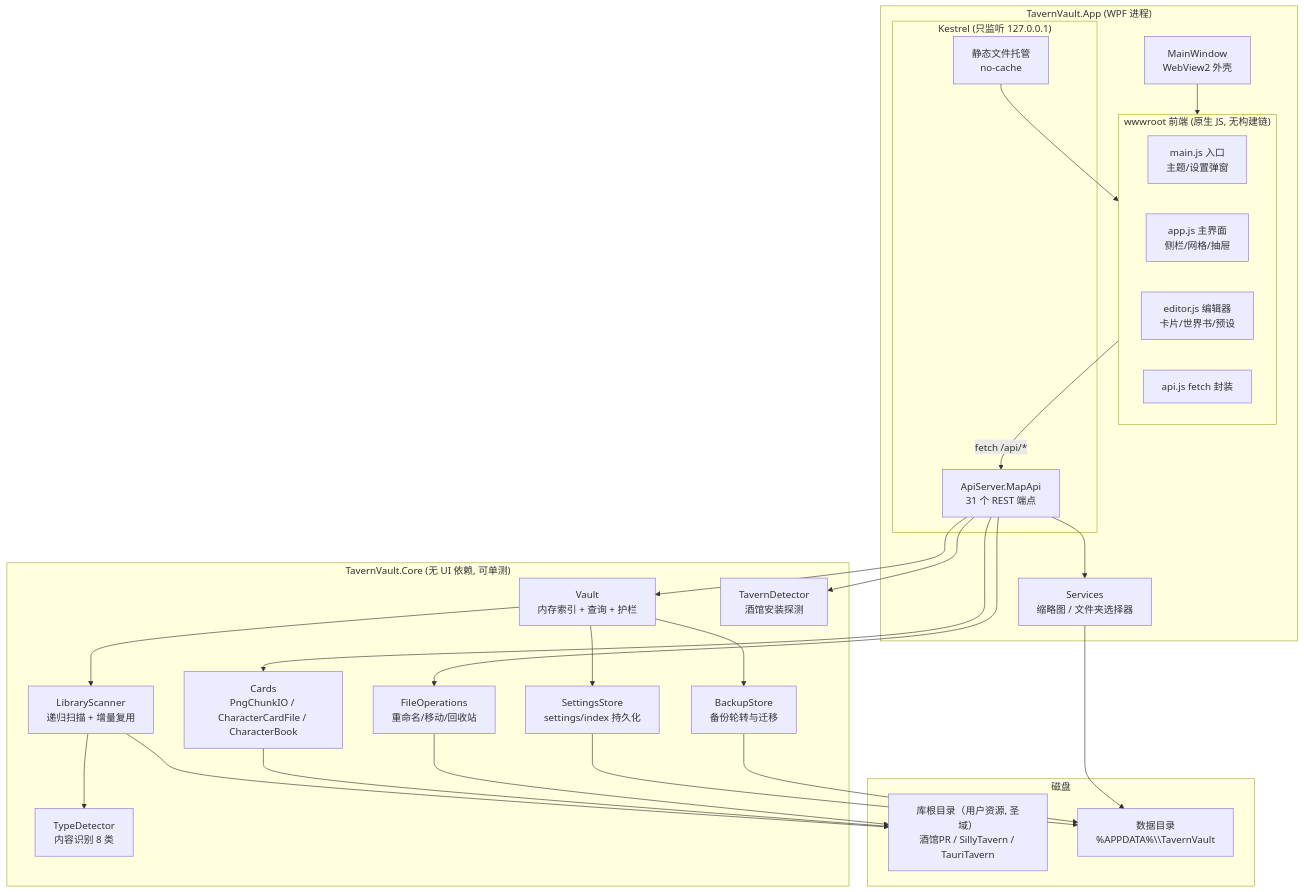
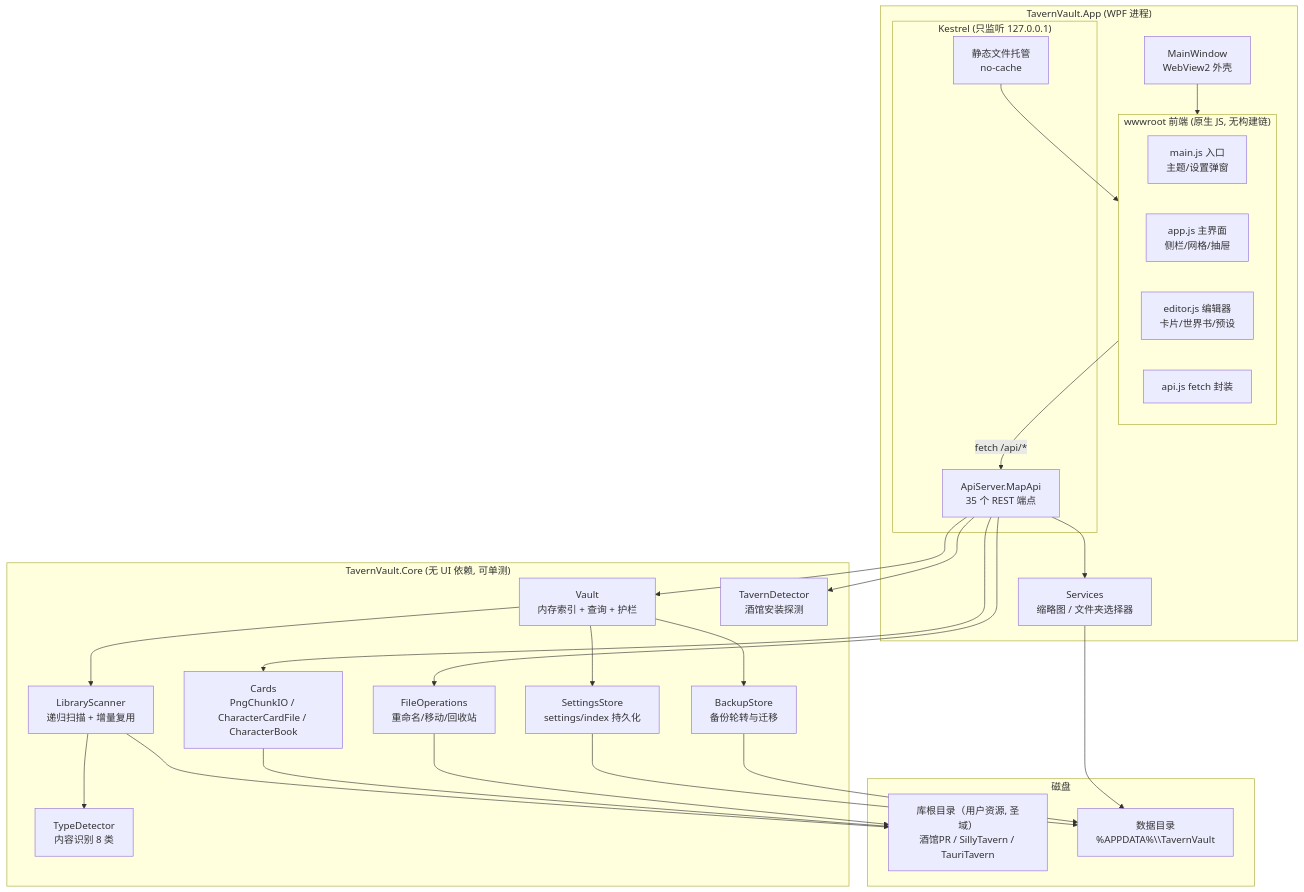
Before and after one commit to minekurs53-cmd/TavernVault: the first of 12 diagrams in docs/architecture-visualization.md, drawn with Mermaid. The commit also changed other lines of this file and 20 other files, not shown here.

````diff
--- a/docs/architecture-visualization.md
+++ b/docs/architecture-visualization.md
@@ -8,52 +8,52 @@
 ```mermaid
 graph TB
     subgraph App["TavernVault.App (WPF 进程)"]
         Shell["MainWindow<br/>WebView2 外壳"]
         subgraph Web["wwwroot 前端 (原生 JS, 无构建链)"]
             MAIN["main.js 入口<br/>主题/设置弹窗"]
             APPJ["app.js 主界面<br/>侧栏/网格/抽屉"]
             EDJ["editor.js 编辑器<br/>卡片/世界书/预设"]
             APIJ["api.js fetch 封装"]
         end
         subgraph Kestrel["Kestrel (只监听 127.0.0.1)"]
             STATIC["静态文件托管<br/>no-cache"]
-            REST["ApiServer.MapApi<br/>31 个 REST 端点"]
+            REST["ApiServer.MapApi<br/>35 个 REST 端点"]
         end
         SVCS["Services<br/>缩略图 / 文件夹选择器"]
     end
 
     subgraph Core["TavernVault.Core (无 UI 依赖, 可单测)"]
         VAULT["Vault<br/>内存索引 + 查询 + 护栏"]
         SCANNER["LibraryScanner<br/>递归扫描 + 增量复用"]
         DETECTOR["TypeDetector<br/>内容识别 8 类"]
         TAVERND["TavernDetector<br/>酒馆安装探测"]
         STORE["SettingsStore<br/>settings/index 持久化"]
         BACKUP["BackupStore<br/>备份轮转与迁移"]
         FILEOPS["FileOperations<br/>重命名/移动/回收站"]
         CARDS["Cards<br/>PngChunkIO / CharacterCardFile / CharacterBook"]
     end
 
     subgraph Disk["磁盘"]
         LIB["库根目录（用户资源, 圣域）<br/>酒馆PR / SillyTavern / TauriTavern"]
         DATA["数据目录<br/>%APPDATA%\\TavernVault"]
     end
 
     Shell --> Web
     Web -->|"fetch /api/*"| REST
     STATIC --> Web
     REST --> VAULT
     VAULT --> SCANNER
     SCANNER --> DETECTOR
     VAULT --> STORE
     VAULT --> BACKUP
     REST --> FILEOPS
     REST --> CARDS
     REST --> SVCS
     REST --> TAVERND
     SCANNER --> LIB
     CARDS --> LIB
     FILEOPS --> LIB
     STORE --> DATA
     BACKUP --> DATA
     SVCS --> DATA
 ```
````
